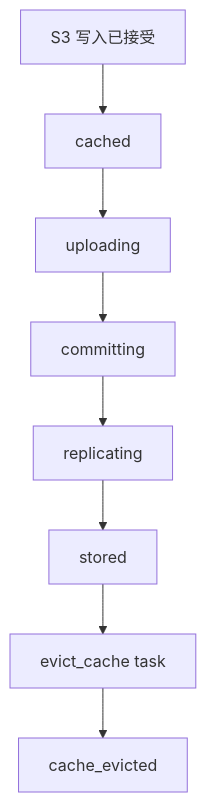
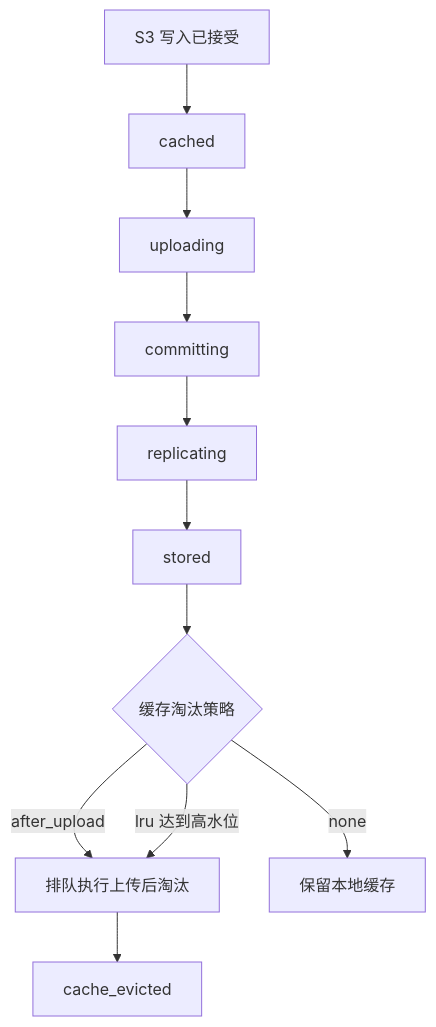
Before and after one commit to strahe/SynapS3: the diagram in docs/zh/concepts/filecoin-storage-flow.md, drawn with Mermaid. The commit also changed other lines of this file and 92 other files, not shown here.

Commit message:
feat(cache): implement configurable LRU eviction (#2)

````diff
--- a/docs/zh/concepts/filecoin-storage-flow.md
+++ b/docs/zh/concepts/filecoin-storage-flow.md
@@ -12,10 +12,13 @@
 ```mermaid
 flowchart TD
   put["S3 写入已接受"] --> cached["cached"]
   cached --> uploading["uploading"]
   uploading --> committing["committing"]
   committing --> replicating["replicating"]
   replicating --> stored["stored"]
-  stored --> evict["evict_cache task"]
+  stored --> policy{"缓存淘汰策略"}
+  policy -->|"after_upload"| evict["排队执行上传后淘汰"]
+  policy -->|"lru 达到高水位"| evict
+  policy -->|"none"| retain["保留本地缓存"]
   evict --> evicted["cache_evicted"]
 ```
````
